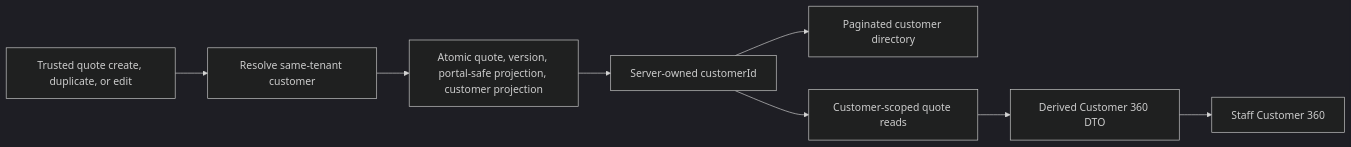
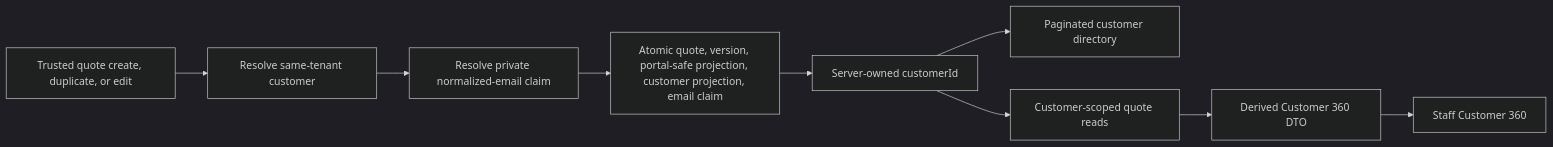
Before and after one commit to TOTALLYMAJOR/QuotePilot: the diagram in docs/CUSTOMER_WORKSPACE_BACKEND_HANDOFF.md, drawn with Mermaid (dark theme). The commit also changed other lines of this file and 17 other files, not shown here.

````diff
--- a/docs/CUSTOMER_WORKSPACE_BACKEND_HANDOFF.md
+++ b/docs/CUSTOMER_WORKSPACE_BACKEND_HANDOFF.md
@@ -19,10 +21,11 @@
 ```mermaid
 flowchart LR
   TrustedQuote[Trusted quote create, duplicate, or edit] --> Resolve[Resolve same-tenant customer]
-  Resolve --> Transaction[Atomic quote, version, portal-safe projection, customer projection]
+  Resolve --> Claim[Resolve private normalized-email claim]
+  Claim --> Transaction[Atomic quote, version, portal-safe projection, customer projection, email claim]
   Transaction --> CustomerId[Server-owned customerId]
   CustomerId --> Directory[Paginated customer directory]
   CustomerId --> ScopedQuotes[Customer-scoped quote reads]
   ScopedQuotes --> DTO[Derived Customer 360 DTO]
   DTO --> Staff[Staff Customer 360]
 ```
````
